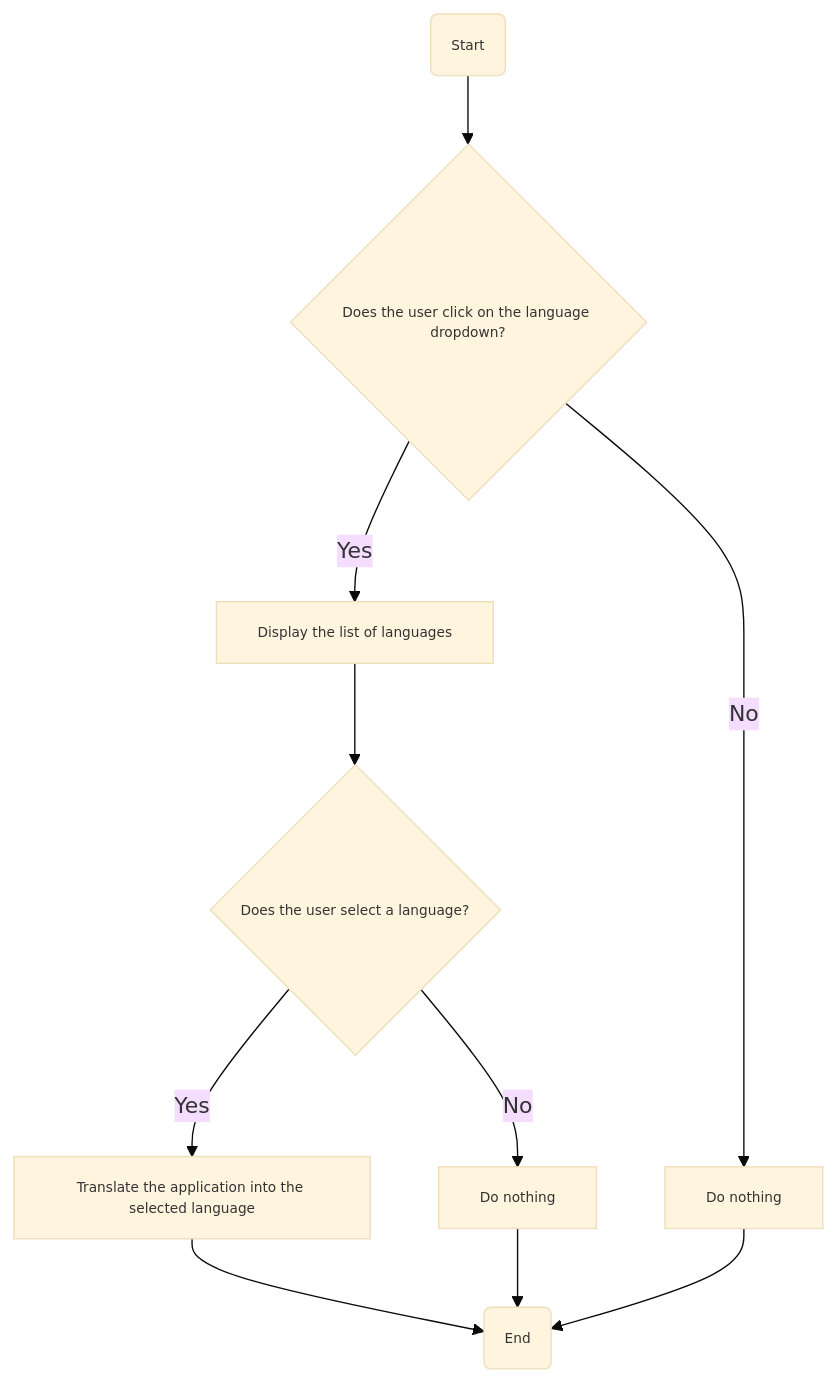
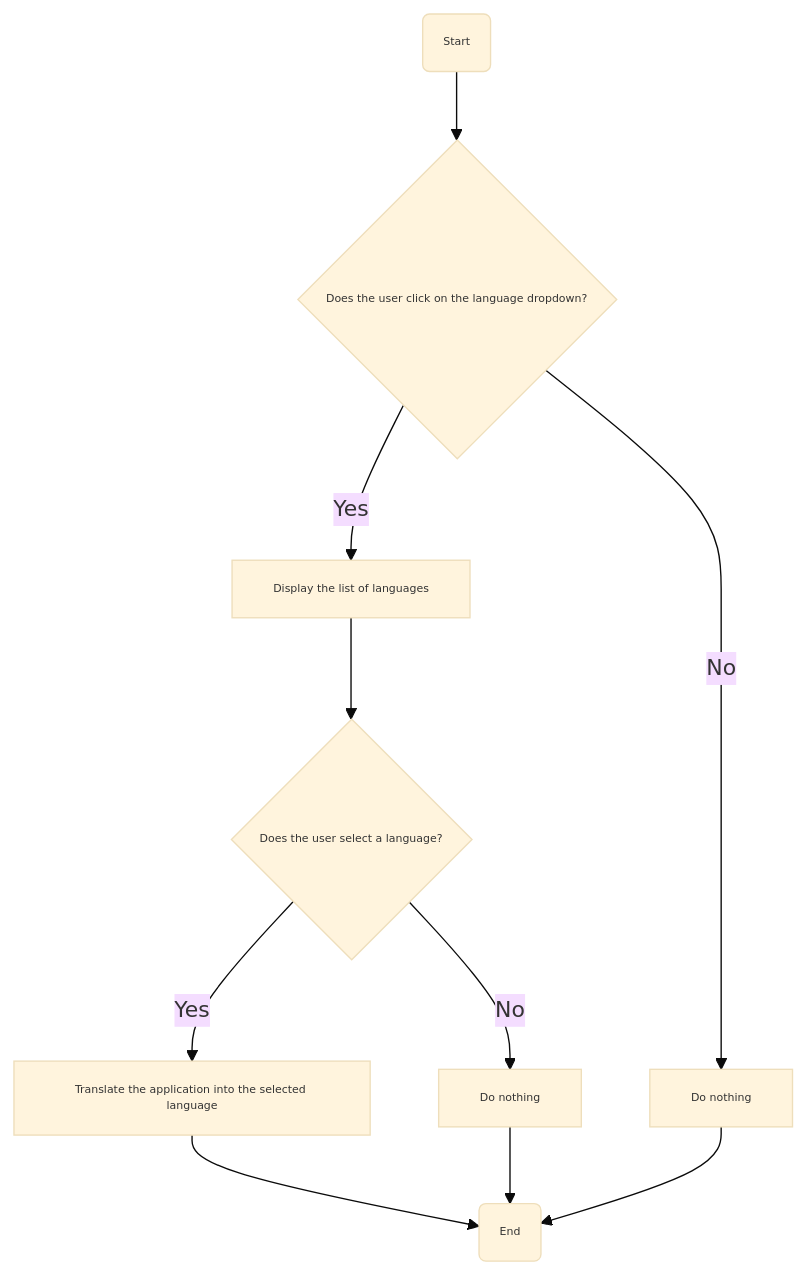
One commit to algosup/2024-2025-project-5-bubble-intermarche-team-2 changed diagram 11 of 11 in Documents/Technical/technical_specifications.md. Above: the diagram before and after it, drawn with Mermaid (base theme). The commit also changed other lines of this file, not shown here.

````diff
--- a/Documents/Technical/technical_specifications.md
+++ b/Documents/Technical/technical_specifications.md
@@ -503,13 +503,13 @@
 ```mermaid
 graph TD
     A(Start) --> B{Does the user click on the language dropdown?}
     B -->|Yes| C[Display the list of languages]
     B -->|No| D[Do nothing]
     C --> E{Does the user select a language?}
     E -->|Yes| F[Translate the application into the selected language]
     E -->|No| G[Do nothing]
     F --> H(End)
     D --> H
     G --> H
-    classDef default font-size:10px;
+    classDef default font-size:8px;
 ```
````
